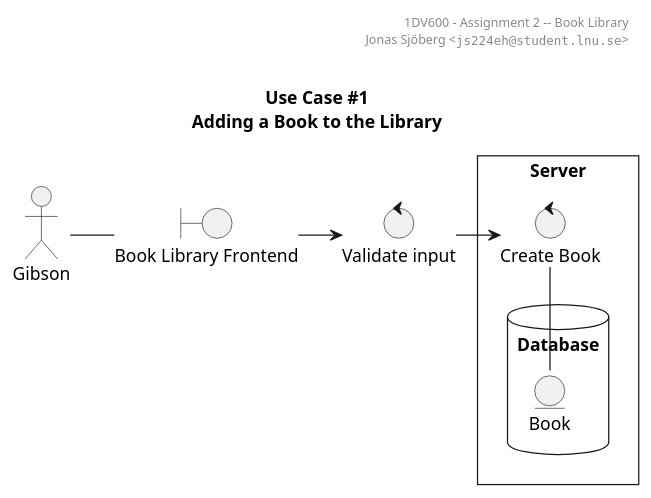
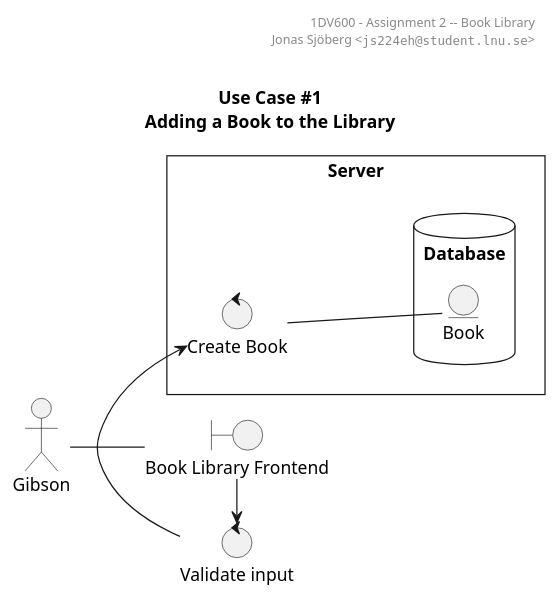
The diagram in doc/uml-use-case-1-rob.puml (jonasjberg/1dv600_lab), drawn with PlantUML before and after one commit. The commit also changed 1 other file, not shown here.

Commit message:
Update robustness diagram for use case #1.

```diff
--- a/doc/uml-use-case-1-rob.puml
+++ b/doc/uml-use-case-1-rob.puml
@@ -7,37 +7,36 @@
 @startuml
 ' debug flag creates a 'svek.dot' and 'svek.svg' file in ~/
 ' !pragma svek_trace on
 
 skinparam {
     monochrome true
     backgroundColor transparent
     classBackgroundColor transparent
     style strictuml
 }
 
 header
 1DV600 - Assignment 2 -- Book Library
 Jonas Sjöberg <""js224eh@student.lnu.se"">
 end header
 
 title \nUse Case #1\nAdding a Book to the Library
 
-
 actor Gibson
 boundary "Book Library Frontend" as frontend
 control "Validate input" as validate
 
+left to right direction
 rectangle Server {
 database Database {
   entity Book
 }
 control "Create Book" as createBook
 createBook -- Book
 }
 
-'Gibson - frontend: Add New Book
-Gibson - frontend
+Gibson -- frontend
 frontend -> validate
 validate -> createBook
 
 @enduml
```
